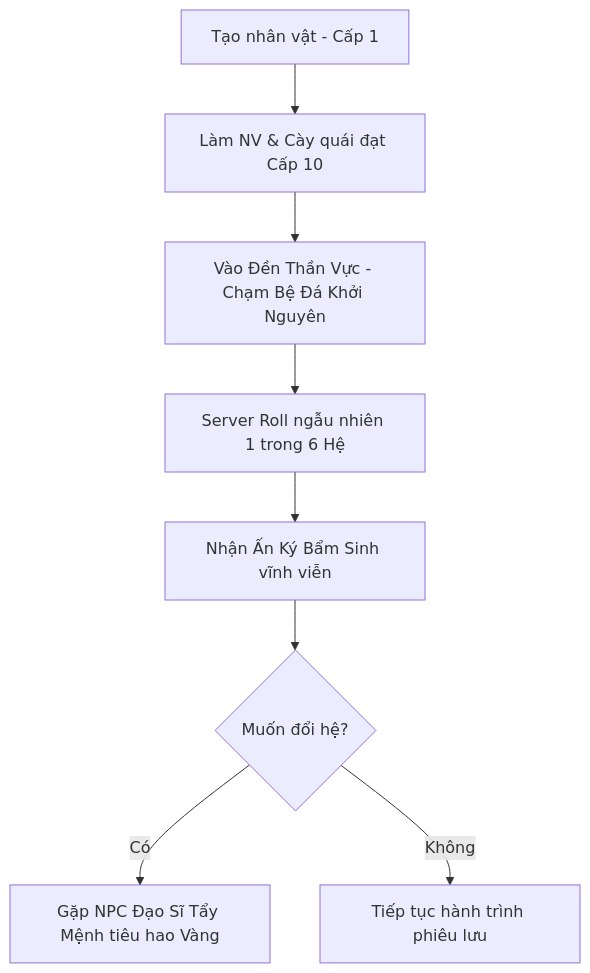
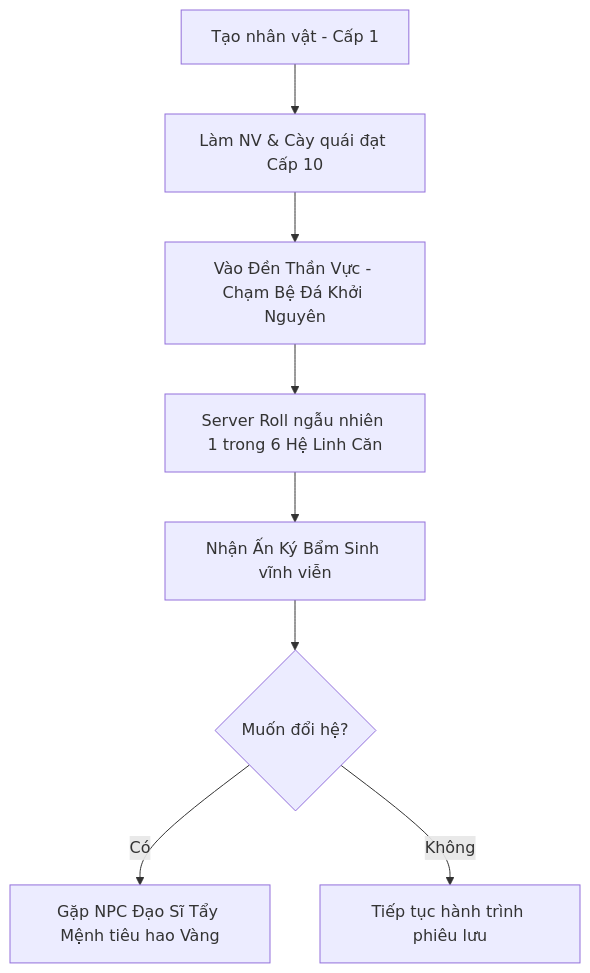
One commit to dajunctic/Echoes-of-Genesis changed the diagram in Documents/02_TINH_NANG_GAMEPLAY_CORE.md. Above: the diagram before and after it, drawn with Mermaid. The commit also changed other lines of this file and 6 other files, not shown here.

````diff
--- a/Documents/02_TINH_NANG_GAMEPLAY_CORE.md
+++ b/Documents/02_TINH_NANG_GAMEPLAY_CORE.md
@@ -23,10 +27,10 @@
 ```mermaid
 graph TD
     Start[Tạo nhân vật - Cấp 1] --> Grind[Làm NV & Cày quái đạt Cấp 10]
     Grind --> Temple[Vào Đền Thần Vực - Chạm Bệ Đá Khởi Nguyên]
-    Temple --> Roll[Server Roll ngẫu nhiên 1 trong 6 Hệ]
+    Temple --> Roll[Server Roll ngẫu nhiên 1 trong 6 Hệ Linh Căn]
     Roll --> GetElement[Nhận Ấn Ký Bẩm Sinh vĩnh viễn]
     GetElement --> ChangeSystem{Muốn đổi hệ?}
     ChangeSystem -- Có --> Shaman[Gặp NPC Đạo Sĩ Tẩy Mệnh tiêu hao Vàng]
     ChangeSystem -- Không --> Continue[Tiếp tục hành trình phiêu lưu]
 ```
````
